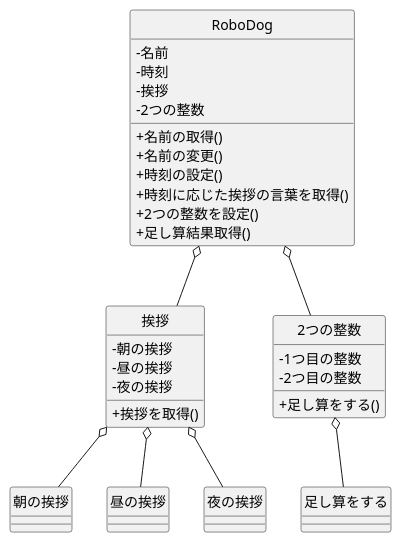
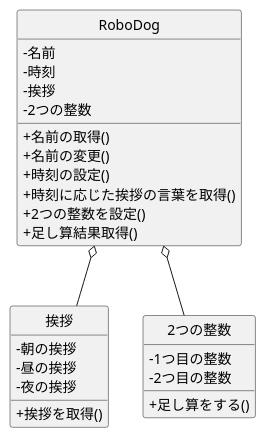
One commit to tagamiren/ohara_uml changed the diagram in group/06_robo_dog_2-2/class.pu. Above: the diagram before and after it, drawn with PlantUML. The commit also changed 2 other files, not shown here.

```diff
--- a/group/06_robo_dog_2-2/class.pu
+++ b/group/06_robo_dog_2-2/class.pu
@@ -1,41 +1,38 @@
 @startuml RoboDogクラス図
 skinparam classAttributeIconSize 0
 hide circle
 
 class RoboDog {
  -名前
  -時刻
  -挨拶
  -2つの整数
 
  +名前の取得()
  +名前の変更()
  +時刻の設定()
  +時刻に応じた挨拶の言葉を取得()
  +2つの整数を設定()
  +足し算結果取得()
 }
 
 class 挨拶 {
  -朝の挨拶
  -昼の挨拶
  -夜の挨拶
 
  +挨拶を取得()
 }
 
 class 2つの整数 {
  -1つ目の整数
  -2つ目の整数
 
  +足し算をする()
 }
 
 RoboDog o-- 挨拶
 RoboDog o-- "2つの整数"
-挨拶 o-- "朝の挨拶"
-挨拶 o-- "昼の挨拶"
-挨拶 o-- "夜の挨拶"
-2つの整数 o-- "足し算をする"
+
 
 @enduml
```
